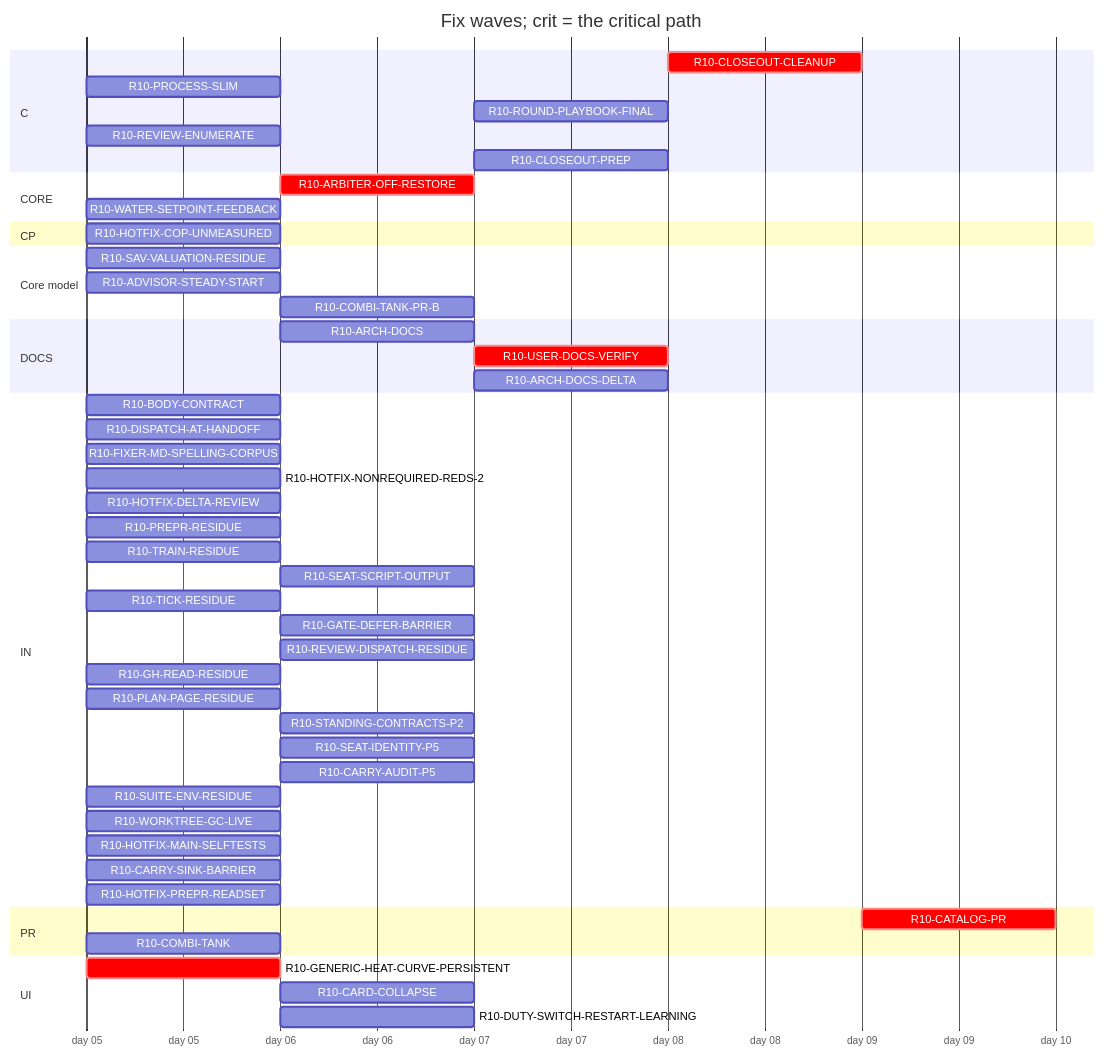
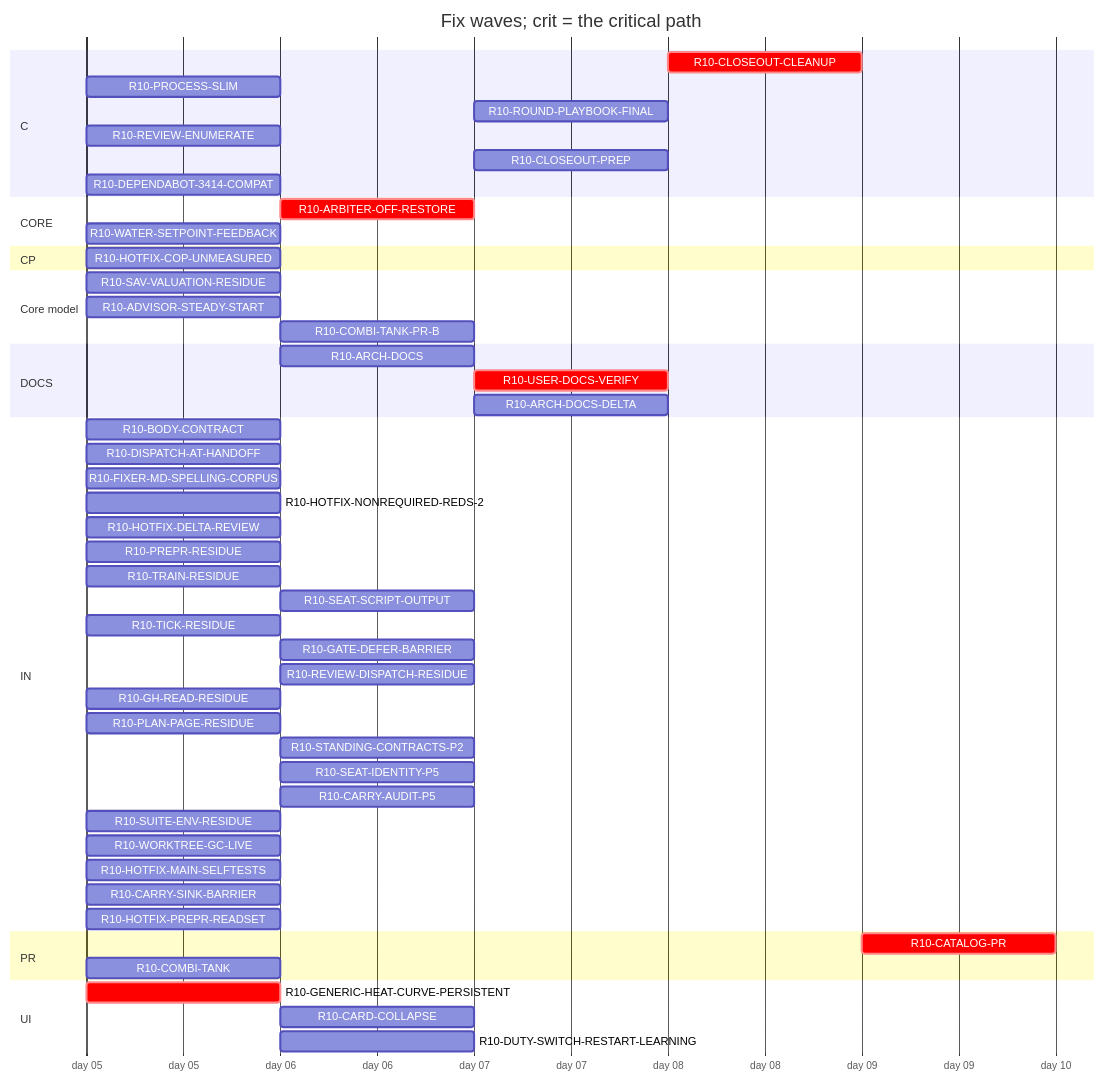
The diagram in handoff/round10/state/PLAN-TABLE.md (tvofi/heatpump_optimizer), drawn with Mermaid before and after one commit. The commit also changed other lines of this file and 4 other files, not shown here.

Commit message:
state: FLOW-BOARD.md, NEXT-SESSION-PROMPT.md, PLAN-TABLE.md, PLAN.html, RESUME-CURRENT.md regenerated (state_docs.py)

````diff
--- a/handoff/round10/state/PLAN-TABLE.md
+++ b/handoff/round10/state/PLAN-TABLE.md
@@ -21,54 +21,55 @@
 ```mermaid
 gantt
   title Fix waves; crit = the critical path
   dateFormat YYYY-MM-DD
   axisFormat day %d
   section C
     R10-CLOSEOUT-CLEANUP :crit, r10CLOSEOUTCLEANUP, after r10ARCHDOCS r10USERDOCSVERIFY r10ROUNDPLAYBOOKFINAL r10CLOSEOUTPREP r10ARCHDOCSDELTA, 1d
     R10-PROCESS-SLIM :r10PROCESSSLIM, 2026-01-05, 1d
     R10-ROUND-PLAYBOOK-FINAL :r10ROUNDPLAYBOOKFINAL, after r10DISPATCHATHANDOFF r10BODYCONTRACT r10PROCESSSLIM r10FIXERMDSPELLINGCORPUS r10PREPRRESIDUE r10SEATSCRIPTOUTPUT r10REVIEWDISPATCHRESIDUE r10CARRYAUDITP5 r10TICKRESIDUE r10SEATIDENTITYP5 r10STANDINGCONTRACTSP2 r10PLANPAGERESIDUE r10TRAINRESIDUE r10GHREADRESIDUE r10SUITEENVRESIDUE r10GATEDEFERBARRIER r10WORKTREEGCLIVE, 1d
     R10-REVIEW-ENUMERATE :r10REVIEWENUMERATE, 2026-01-05, 1d
     R10-CLOSEOUT-PREP :r10CLOSEOUTPREP, after r10ARCHDOCS r10DISPATCHATHANDOFF r10BODYCONTRACT r10PROCESSSLIM r10FIXERMDSPELLINGCORPUS r10PREPRRESIDUE r10SEATSCRIPTOUTPUT r10REVIEWDISPATCHRESIDUE r10CARRYAUDITP5 r10TICKRESIDUE r10SEATIDENTITYP5 r10STANDINGCONTRACTSP2 r10PLANPAGERESIDUE r10TRAINRESIDUE r10GHREADRESIDUE r10SUITEENVRESIDUE r10GATEDEFERBARRIER r10WORKTREEGCLIVE, 1d
+    R10-DEPENDABOT-3414-COMPAT :r10DEPENDABOT3414COMPAT, 2026-01-05, 1d
   section CORE
     R10-ARBITER-OFF-RESTORE :crit, r10ARBITEROFFRESTORE, after r10GENERICHEATCURVEPERSISTENT r10WATERSETPOINTFEEDBACK, 1d
     R10-WATER-SETPOINT-FEEDBACK :r10WATERSETPOINTFEEDBACK, 2026-01-05, 1d
   section CP
     R10-HOTFIX-COP-UNMEASURED :r10HOTFIXCOPUNMEASURED, 2026-01-05, 1d
   section Core model
     R10-SAV-VALUATION-RESIDUE :r10SAVVALUATIONRESIDUE, 2026-01-05, 1d
     R10-ADVISOR-STEADY-START :r10ADVISORSTEADYSTART, 2026-01-05, 1d
     R10-COMBI-TANK-PR-B :r10COMBITANKPRB, after r10COMBITANK, 1d
   section DOCS
     R10-ARCH-DOCS :r10ARCHDOCS, after r10DISPATCHATHANDOFF r10BODYCONTRACT r10PROCESSSLIM, 1d
     R10-USER-DOCS-VERIFY :crit, r10USERDOCSVERIFY, after r10HOTFIXCOPUNMEASURED r10GENERICHEATCURVEPERSISTENT r10ARBITEROFFRESTORE r10COMBITANK, 1d
     R10-ARCH-DOCS-DELTA :r10ARCHDOCSDELTA, after r10ARCHDOCS r10HOTFIXCOPUNMEASURED r10GENERICHEATCURVEPERSISTENT r10ARBITEROFFRESTORE r10COMBITANK r10SAVVALUATIONRESIDUE r10ADVISORSTEADYSTART r10COMBITANKPRB, 1d
   section IN
     R10-BODY-CONTRACT :r10BODYCONTRACT, 2026-01-05, 1d
     R10-DISPATCH-AT-HANDOFF :r10DISPATCHATHANDOFF, 2026-01-05, 1d
     R10-FIXER-MD-SPELLING-CORPUS :r10FIXERMDSPELLINGCORPUS, 2026-01-05, 1d
     R10-HOTFIX-NONREQUIRED-REDS-2 :r10HOTFIXNONREQUIREDREDS2, 2026-01-05, 1d
     R10-HOTFIX-DELTA-REVIEW :r10HOTFIXDELTAREVIEW, 2026-01-05, 1d
     R10-PREPR-RESIDUE :r10PREPRRESIDUE, 2026-01-05, 1d
     R10-TRAIN-RESIDUE :r10TRAINRESIDUE, 2026-01-05, 1d
     R10-SEAT-SCRIPT-OUTPUT :r10SEATSCRIPTOUTPUT, after r10TRAINRESIDUE, 1d
     R10-TICK-RESIDUE :r10TICKRESIDUE, 2026-01-05, 1d
     R10-GATE-DEFER-BARRIER :r10GATEDEFERBARRIER, after r10TRAINRESIDUE r10TICKRESIDUE, 1d
     R10-REVIEW-DISPATCH-RESIDUE :r10REVIEWDISPATCHRESIDUE, after r10DISPATCHATHANDOFF r10REVIEWENUMERATE r10HOTFIXDELTAREVIEW r10PROCESSSLIM, 1d
     R10-GH-READ-RESIDUE :r10GHREADRESIDUE, 2026-01-05, 1d
     R10-PLAN-PAGE-RESIDUE :r10PLANPAGERESIDUE, 2026-01-05, 1d
     R10-STANDING-CONTRACTS-P2 :r10STANDINGCONTRACTSP2, after r10FIXERMDSPELLINGCORPUS, 1d
     R10-SEAT-IDENTITY-P5 :r10SEATIDENTITYP5, after r10TICKRESIDUE, 1d
     R10-CARRY-AUDIT-P5 :r10CARRYAUDITP5, after r10BODYCONTRACT, 1d
     R10-SUITE-ENV-RESIDUE :r10SUITEENVRESIDUE, 2026-01-05, 1d
     R10-WORKTREE-GC-LIVE :r10WORKTREEGCLIVE, 2026-01-05, 1d
     R10-HOTFIX-MAIN-SELFTESTS :r10HOTFIXMAINSELFTESTS, 2026-01-05, 1d
     R10-CARRY-SINK-BARRIER :r10CARRYSINKBARRIER, 2026-01-05, 1d
     R10-HOTFIX-PREPR-READSET :r10HOTFIXPREPRREADSET, 2026-01-05, 1d
   section PR
     R10-CATALOG-PR :crit, r10CATALOGPR, after r10USERDOCSVERIFY r10ARCHDOCS r10ROUNDPLAYBOOKFINAL r10CLOSEOUTCLEANUP r10CLOSEOUTPREP r10ARCHDOCSDELTA, 1d
     R10-COMBI-TANK :r10COMBITANK, 2026-01-05, 1d
   section UI
     R10-GENERIC-HEAT-CURVE-PERSISTENT :crit, r10GENERICHEATCURVEPERSISTENT, 2026-01-05, 1d
     R10-CARD-COLLAPSE :r10CARDCOLLAPSE, after r10HOTFIXCOPUNMEASURED, 1d
     R10-DUTY-SWITCH-RESTART-LEARNING :r10DUTYSWITCHRESTARTLEARNING, after r10WATERSETPOINTFEEDBACK, 1d
 ```
````
